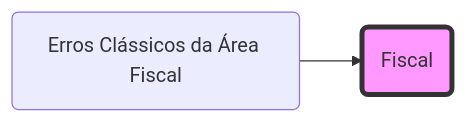
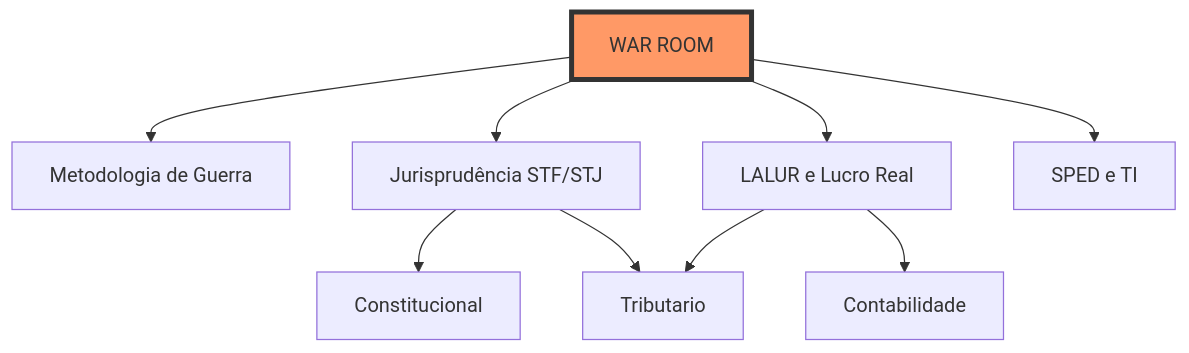
One commit to VGViana/Controle changed the diagram in 00 - Painel Geral Fiscal/Fiscal.md. Above: the diagram before and after it, drawn with Mermaid. The commit also changed other lines of this file and 7 other files, not shown here.

````diff
--- a/00 - Painel Geral Fiscal/Fiscal.md
+++ b/00 - Painel Geral Fiscal/Fiscal.md
@@ -40,6 +63,12 @@
 ```mermaid
-graph LR
-  Fiscal("Fiscal")
-  style Fiscal fill:#f9f,stroke:#333,stroke-width:4px
-  ErrosClssicosdareaFiscal("Erros Clássicos da Área Fiscal") --> Fiscal
+graph TD
+  WarRoom[WAR ROOM] --> Metodologia[Metodologia de Guerra]
+  WarRoom --> Jurisprudencia[Jurisprudência STF/STJ]
+  WarRoom --> LALUR[LALUR e Lucro Real]
+  WarRoom --> SPED[SPED e TI]
+  LALUR --> Contabilidade
+  LALUR --> Tributario
+  Jurisprudencia --> Tributario
+  Jurisprudencia --> Constitucional
+  style WarRoom fill:#f96,stroke:#333,stroke-width:4px
 ```
````
